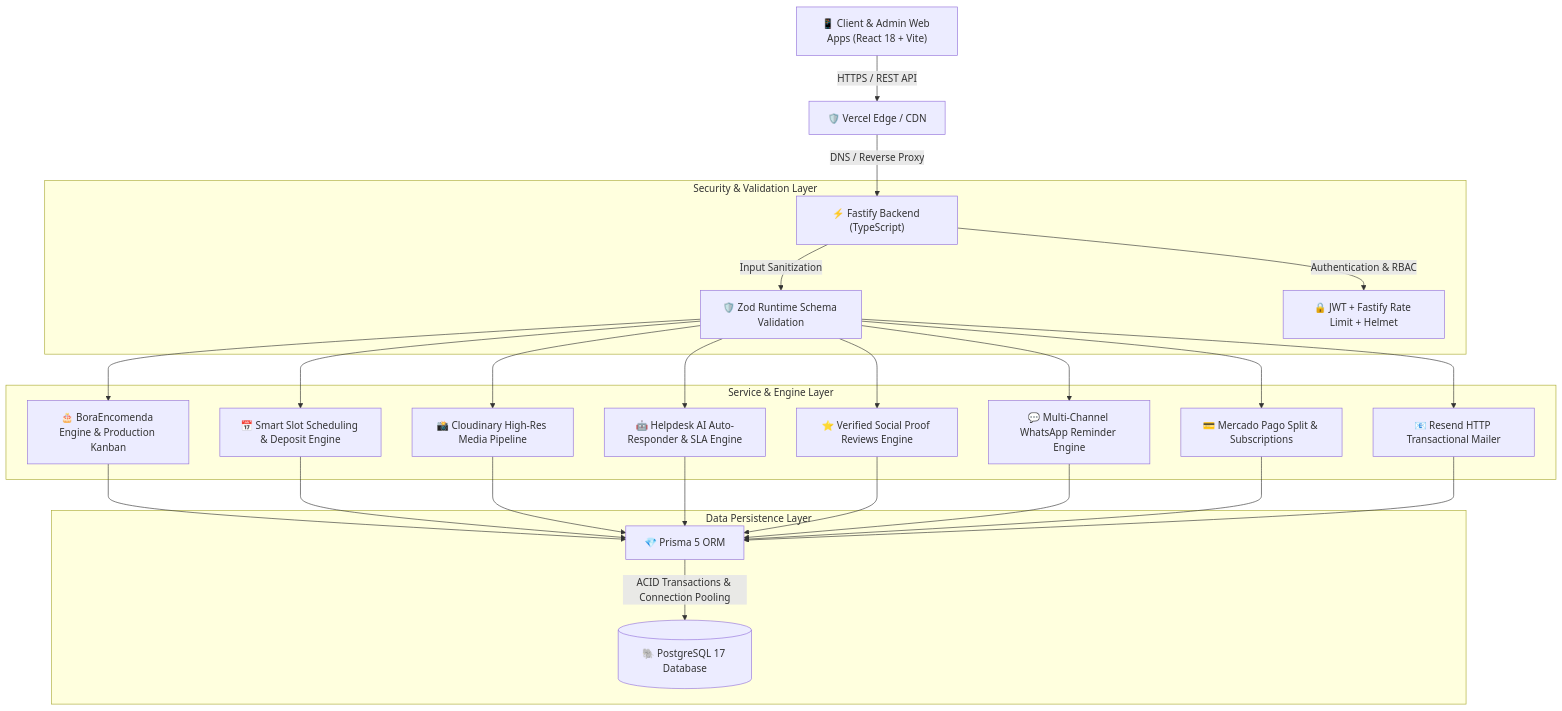
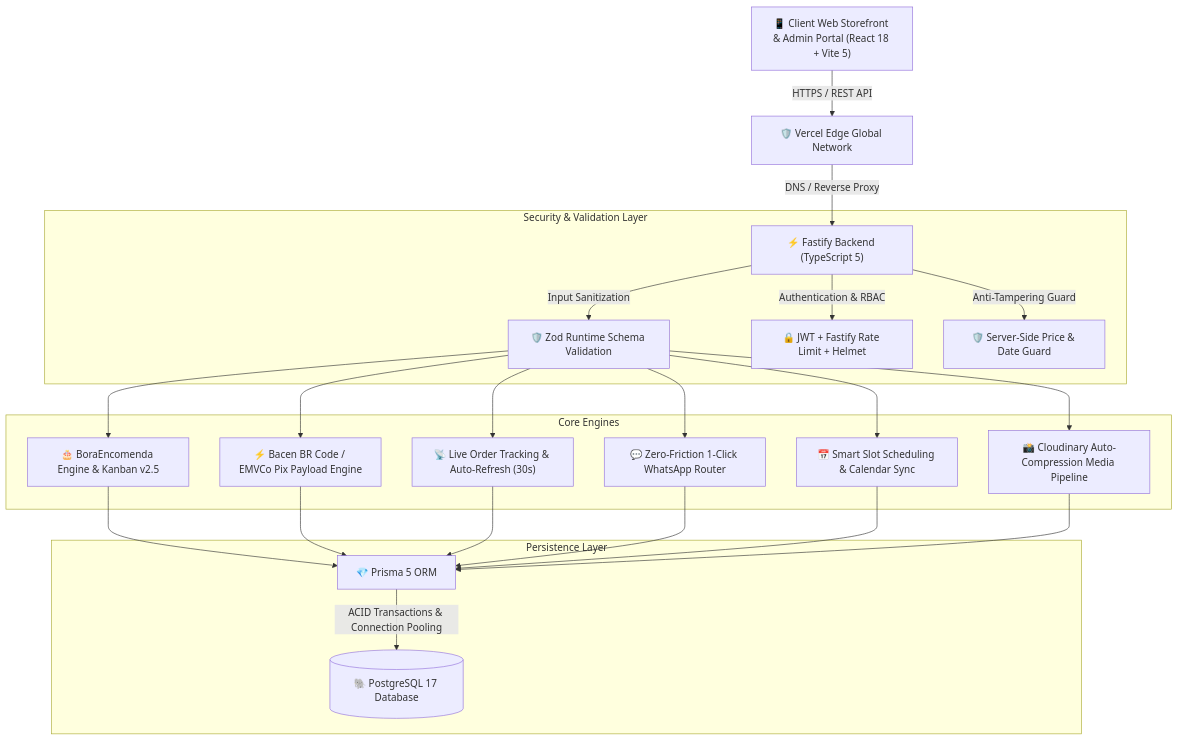
Before and after one commit to thevigillant/boramarka: the diagram in README.md, drawn with Mermaid. The commit also changed other lines of this file and 10 other files, not shown here.

Commit message:
feat(encomendas): add Bacen PIX Copia e Cola with auto amount, live order tracking with 30s auto-refresh, 1-click WhatsApp alerts, anti-fraud guards and updated README

````diff
--- a/README.md
+++ b/README.md
@@ -34,26 +32,25 @@
 ```mermaid
 graph TD
-    Client["📱 Client & Admin Web Apps (React 18 + Vite)"] -->|HTTPS / REST API| Edge["🛡️ Vercel Edge / CDN"]
-    Edge -->|DNS / Reverse Proxy| Server["⚡ Fastify Backend (TypeScript)"]
+    Client["📱 Client Web Storefront & Admin Portal (React 18 + Vite 5)"] -->|HTTPS / REST API| Edge["🛡️ Vercel Edge Global Network"]
+    Edge -->|DNS / Reverse Proxy| Server["⚡ Fastify Backend (TypeScript 5)"]
     
     subgraph Security & Validation Layer
         Server -->|Input Sanitization| Zod["🛡️ Zod Runtime Schema Validation"]
         Server -->|Authentication & RBAC| JWT["🔒 JWT + Fastify Rate Limit + Helmet"]
+        Server -->|Anti-Tampering Guard| AntiFraud["🛡️ Server-Side Price & Date Guard"]
     end
 
-    subgraph Service & Engine Layer
-        Zod --> Encomenda["🎂 BoraEncomenda Engine & Production Kanban"]
-        Zod --> Scheduling["📅 Smart Slot Scheduling & Deposit Engine"]
-        Zod --> Upload["📸 Cloudinary High-Res Media Pipeline"]
-        Zod --> Bot["🤖 Helpdesk AI Auto-Responder & SLA Engine"]
-        Zod --> Reviews["⭐ Verified Social Proof Reviews Engine"]
-        Zod --> WA["💬 Multi-Channel WhatsApp Reminder Engine"]
-        Zod --> MP["💳 Mercado Pago Split & Subscriptions"]
-        Zod --> Email["📧 Resend HTTP Transactional Mailer"]
+    subgraph Core Engines
+        Zod --> Encomenda["🎂 BoraEncomenda Engine & Kanban v2.5"]
+        Zod --> PixEngine["⚡ Bacen BR Code / EMVCo Pix Payload Engine"]
+        Zod --> Tracking["📡 Live Order Tracking & Auto-Refresh (30s)"]
+        Zod --> WAEngine["💬 Zero-Friction 1-Click WhatsApp Router"]
+        Zod --> Scheduling["📅 Smart Slot Scheduling & Calendar Sync"]
+        Zod --> Upload["📸 Cloudinary Auto-Compression Media Pipeline"]
     end
     
-    subgraph Data Persistence Layer
-        Encomenda & Scheduling & Upload & Bot & Reviews & WA & MP & Email --> Prisma["💎 Prisma 5 ORM"]
+    subgraph Persistence Layer
+        Encomenda & PixEngine & Tracking & WAEngine & Scheduling & Upload --> Prisma["💎 Prisma 5 ORM"]
         Prisma -->|ACID Transactions & Connection Pooling| DB[("🐘 PostgreSQL 17 Database")]
     end
 ```
````
